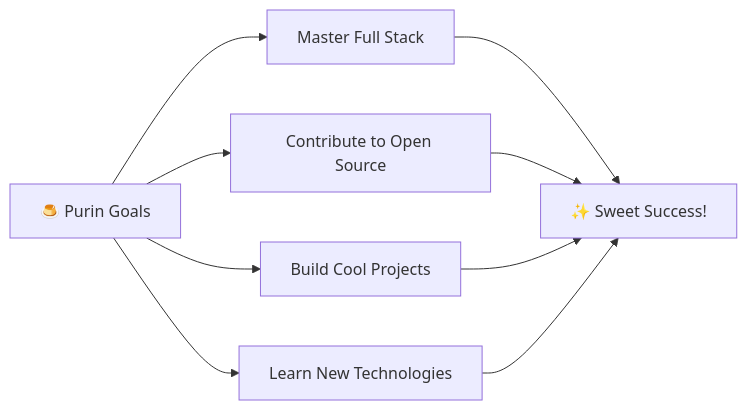
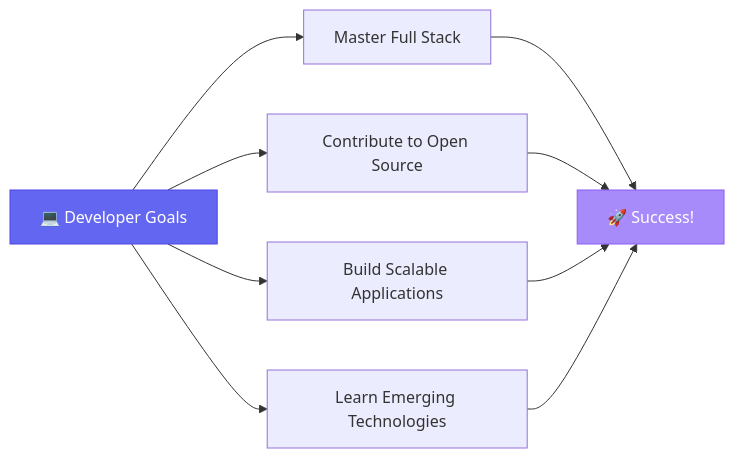
One commit to sadvoidhours/sadvoidhours changed the diagram in README.md. Above: the diagram before and after it, drawn with Mermaid. The commit also changed other lines of this file, not shown here.

````diff
--- a/README.md
+++ b/README.md
@@ -134,11 +130,13 @@
 ```mermaid
 graph LR
-    A[🍮 Purin Goals] --> B[Master Full Stack]
+    A[💻 Developer Goals] --> B[Master Full Stack]
     A --> C[Contribute to Open Source]
-    A --> D[Build Cool Projects]
-    A --> E[Learn New Technologies]
-    B --> F[✨ Sweet Success!]
+    A --> D[Build Scalable Applications]
+    A --> E[Learn Emerging Technologies]
+    B --> F[🚀 Success!]
     C --> F
     D --> F
     E --> F
+    style A fill:#6366F1,stroke:#4F46E5,color:#fff
+    style F fill:#A78BFA,stroke:#8B5CF6,color:#fff
 ```
````
